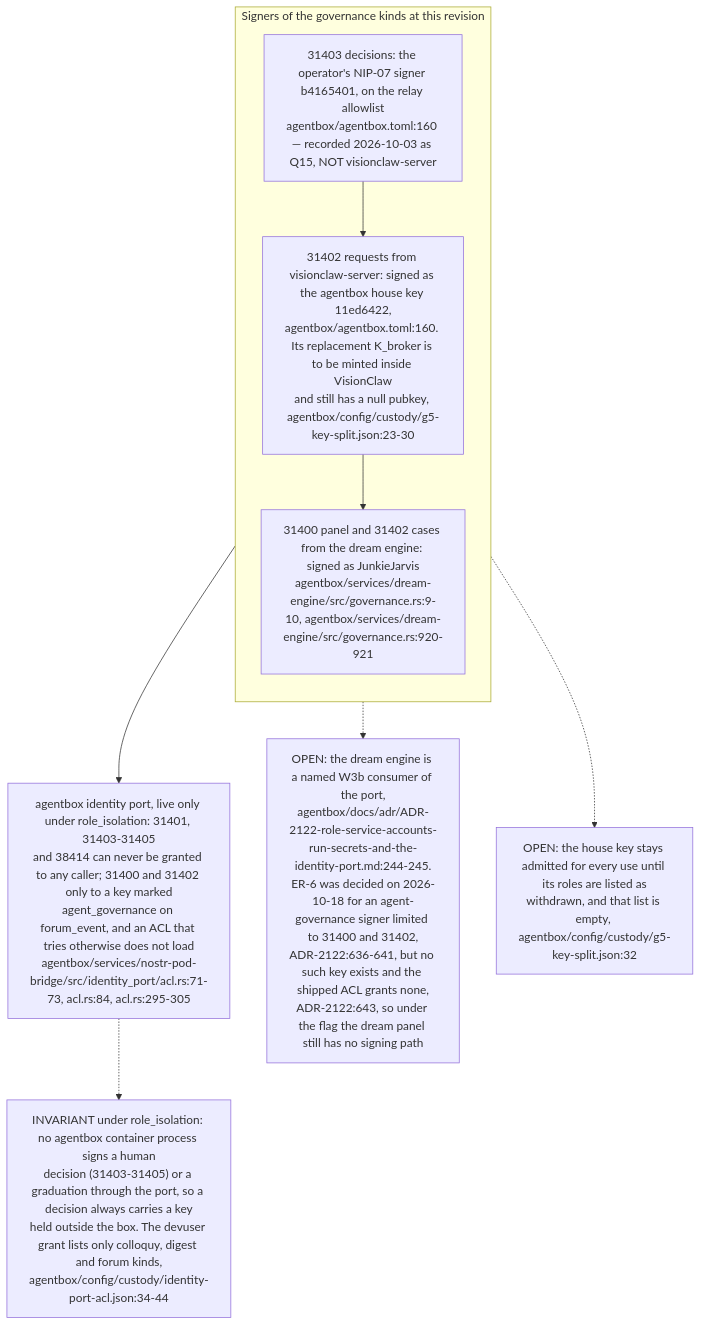
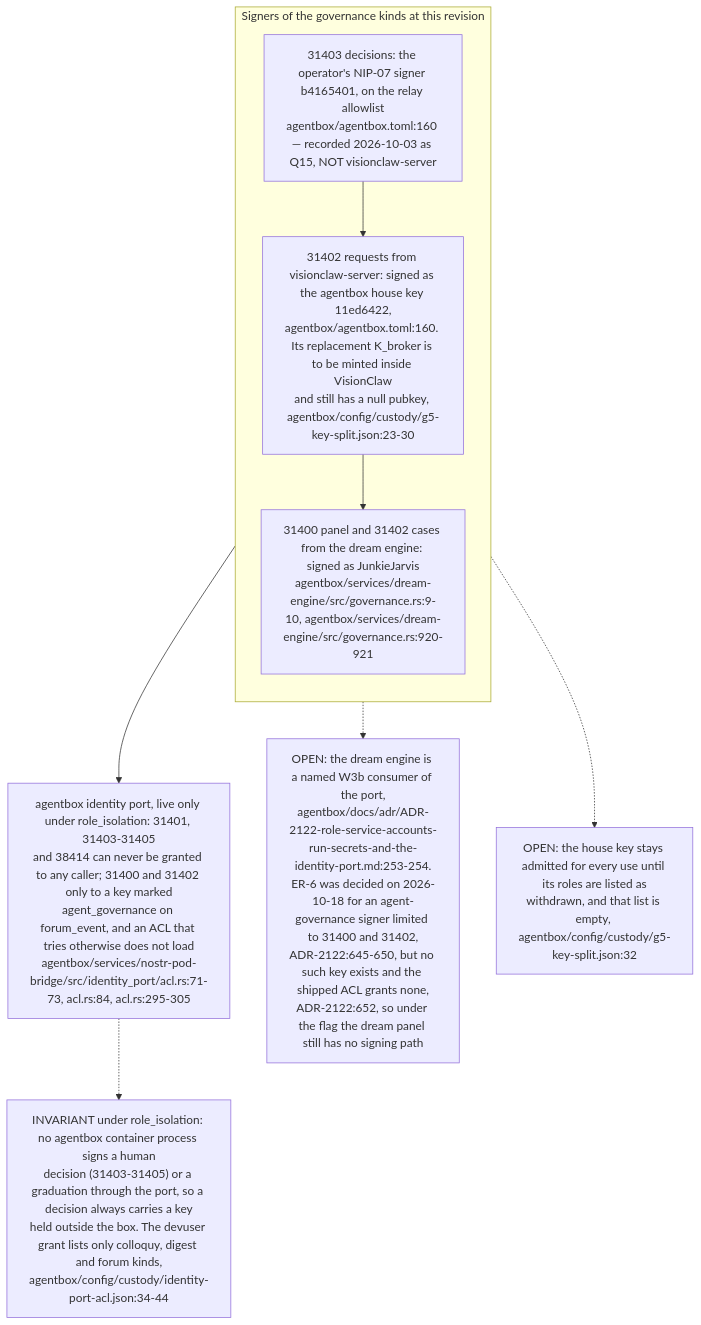
Before and after one commit to DreamLab-AI/VisionFlow: diagram 11 of 12 in docs/diagrams/estate/05-governance-loop-across-estate.md, drawn with Mermaid. The commit also changed other lines of this file and 91 other files, not shown here.

````diff
--- a/docs/diagrams/estate/05-governance-loop-across-estate.md
+++ b/docs/diagrams/estate/05-governance-loop-across-estate.md
@@ -364,15 +366,15 @@
 ```mermaid
 flowchart TB
     subgraph SIGNERS["Signers of the governance kinds at this revision"]
         direction TB
         DEC["31403 decisions: the operator's NIP-07 signer b4165401, on the relay allowlist<br/>agentbox/agentbox.toml:160 — recorded 2026-10-03 as Q15, NOT visionclaw-server"]
         VCS["31402 requests from visionclaw-server: signed as the agentbox house key 11ed6422,<br/>agentbox/agentbox.toml:160. Its replacement K_broker is to be minted inside VisionClaw<br/>and still has a null pubkey, agentbox/config/custody/g5-key-split.json:23-30"]
         JJ["31400 panel and 31402 cases from the dream engine: signed as JunkieJarvis<br/>agentbox/services/dream-engine/src/governance.rs:9-10, agentbox/services/dream-engine/src/governance.rs:920-921"]
         DEC --> VCS --> JJ
     end
     PORT["agentbox identity port, live only under role_isolation: 31401, 31403-31405<br/>and 38414 can never be granted to any caller; 31400 and 31402 only to a key marked<br/>agent_governance on forum_event, and an ACL that tries otherwise does not load<br/>agentbox/services/nostr-pod-bridge/src/identity_port/acl.rs:71-73, acl.rs:84, acl.rs:295-305"]
     SIGNERS --> PORT
     PORT -.-> INV["INVARIANT under role_isolation: no agentbox container process signs a human<br/>decision (31403-31405) or a graduation through the port, so a decision always carries a key<br/>held outside the box. The devuser grant lists only colloquy, digest and forum kinds,<br/>agentbox/config/custody/identity-port-acl.json:34-44"]
-    JJ -.-> TEN["OPEN: the dream engine is a named W3b consumer of the port,<br/>agentbox/docs/adr/ADR-2122-role-service-accounts-run-secrets-and-the-identity-port.md:244-245.<br/>ER-6 was decided on 2026-10-18 for an agent-governance signer limited to 31400 and 31402,<br/>ADR-2122:636-641, but no such key exists and the shipped ACL grants none,<br/>ADR-2122:643, so under the flag the dream panel still has no signing path"]
+    JJ -.-> TEN["OPEN: the dream engine is a named W3b consumer of the port,<br/>agentbox/docs/adr/ADR-2122-role-service-accounts-run-secrets-and-the-identity-port.md:253-254.<br/>ER-6 was decided on 2026-10-18 for an agent-governance signer limited to 31400 and 31402,<br/>ADR-2122:645-650, but no such key exists and the shipped ACL grants none,<br/>ADR-2122:652, so under the flag the dream panel still has no signing path"]
     VCS -.-> OPN["OPEN: the house key stays admitted for every use until its roles are listed as<br/>withdrawn, and that list is empty, agentbox/config/custody/g5-key-split.json:32"]
 ```
````
